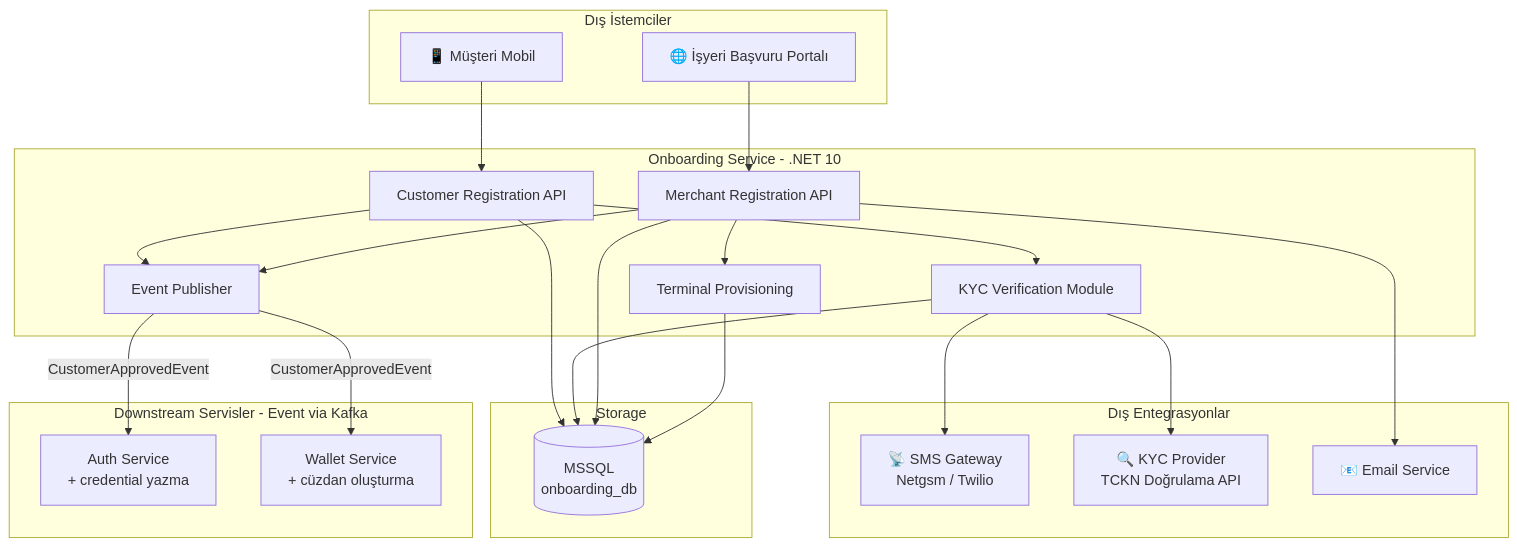
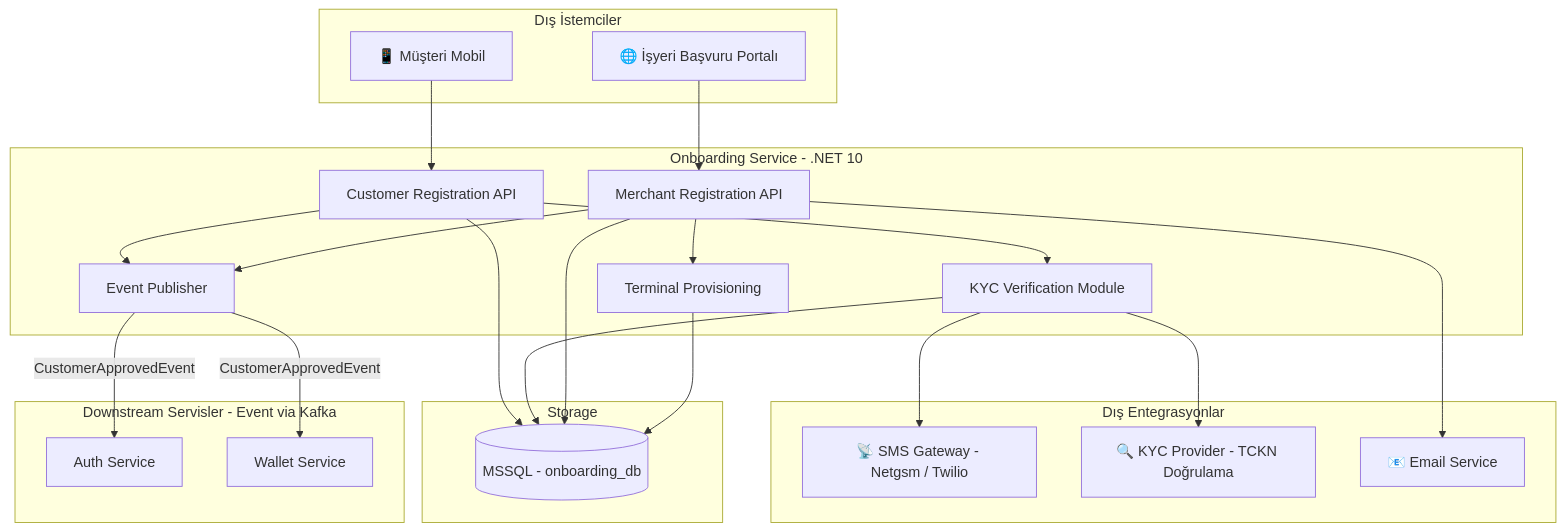
The first of 6 diagrams in docs/02-onboarding-service/README.md (js-lover/qr-payment-system), drawn with Mermaid before and after one commit. The commit also changed 8 other files, not shown here.

First line of the commit message:
fix: resolve Mermaid diagram parse errors on GitHub

````diff
--- a/docs/02-onboarding-service/README.md
+++ b/docs/02-onboarding-service/README.md
@@ -31,40 +31,40 @@
 ```mermaid
 graph TD
     subgraph ExternalClients [Dış İstemciler]
         A[📱 Müşteri Mobil]
         B[🌐 İşyeri Başvuru Portalı]
     end
 
     subgraph OnboardingService [Onboarding Service - .NET 10]
         C[Customer Registration API]
         D[KYC Verification Module]
         E[Merchant Registration API]
         F[Terminal Provisioning]
         G[Event Publisher]
     end
 
     subgraph ExternalIntegrations [Dış Entegrasyonlar]
-        H[📡 SMS Gateway\nNetgsm / Twilio]
-        I[🔍 KYC Provider\nTCKN Doğrulama API]
+        H["📡 SMS Gateway - Netgsm / Twilio"]
+        I["🔍 KYC Provider - TCKN Doğrulama"]
         J[📧 Email Service]
     end
 
     subgraph Storage
-        K[(MSSQL\nonboarding_db)]
+        K[(MSSQL - onboarding_db)]
     end
 
     subgraph Downstream [Downstream Servisler - Event via Kafka]
-        L[Auth Service\n+ credential yazma]
-        M[Wallet Service\n+ cüzdan oluşturma]
+        L[Auth Service]
+        M[Wallet Service]
     end
 
     A --> C --> D
     B --> E --> F
     D --> H
     D --> I
     E --> J
     C & E --> G
     C & D & E & F --> K
     G -->|CustomerApprovedEvent| L
     G -->|CustomerApprovedEvent| M
 ```
````
